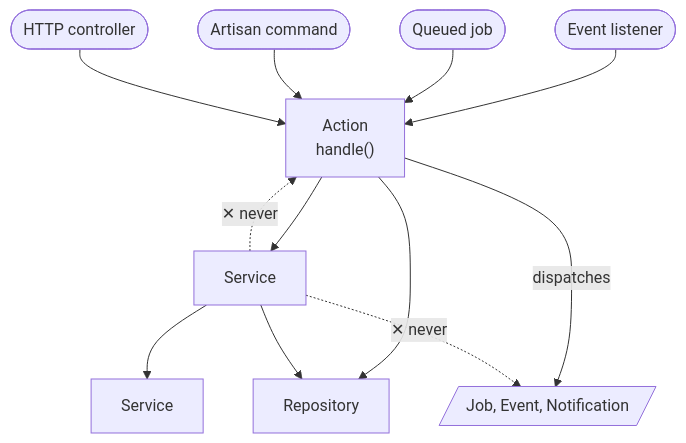
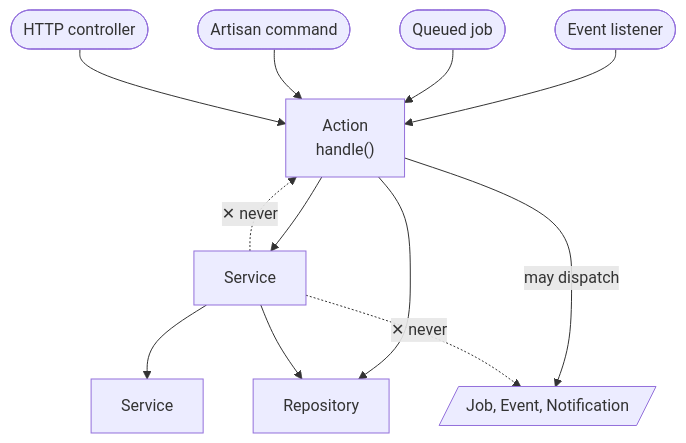
The diagram in action-and-service-guidelines.md (tegos/laravel-action-and-service-guideline), drawn with Mermaid before and after one commit. The commit also changed 1 other file, not shown here.

Commit message:
fix: soften diagram edge to 'may dispatch' to match backend reality
Only ~20/103 Actions dispatch or own a transaction; the rest are pure
entry points. The old 'dispatches' edge read as mandatory, which is the
same overclaim the article corrects. Change the label to 'may dispatch'
and re-render assets/call-direction.png from the updated fence.

````diff
--- a/action-and-service-guidelines.md
+++ b/action-and-service-guidelines.md
@@ -46,30 +46,30 @@
 ```mermaid
 flowchart TD
   LIS(["Event listener"])
   JOB(["Queued job"])
   CMD(["Artisan command"])
   CTRL(["HTTP controller"])
 
   ACT["Action
 handle()"]
 
   SVC["Service"]
   SVC2["Service"]
   REPO["Repository"]
   DISP[/"Job, Event, Notification"/]
 
   LIS --> ACT
   JOB --> ACT
   CMD --> ACT
   CTRL --> ACT
 
   ACT --> SVC
   ACT --> REPO
-  ACT -- "dispatches" --> DISP
+  ACT -- "may dispatch" --> DISP
 
   SVC --> SVC2
   SVC --> REPO
 
   SVC -. "✕ never" .-> ACT
   SVC -. "✕ never" .-> DISP
 ```
````
